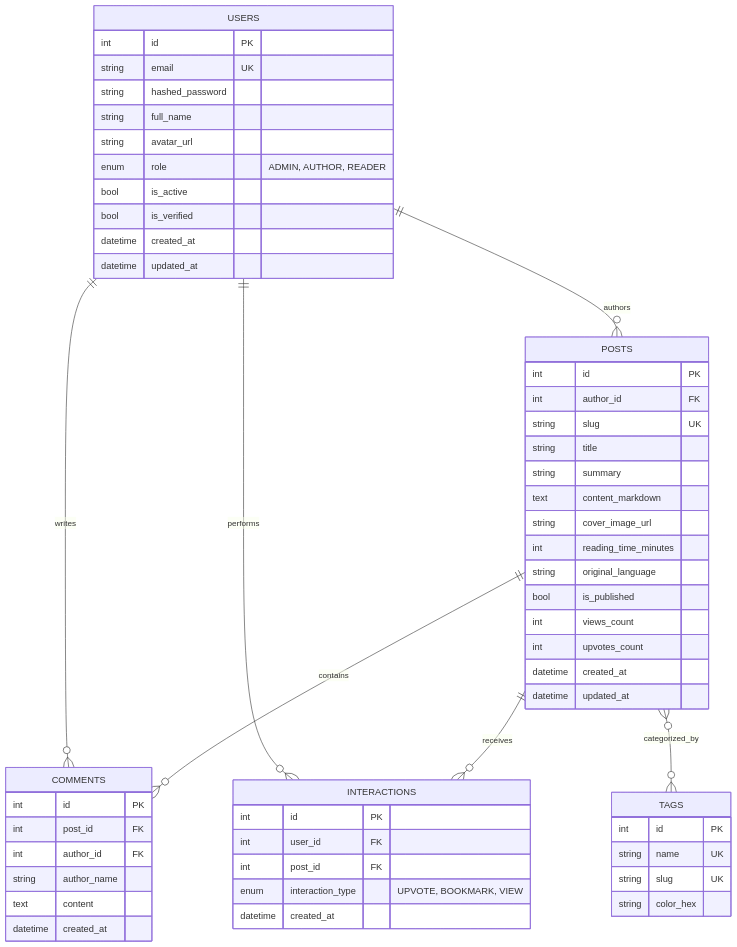
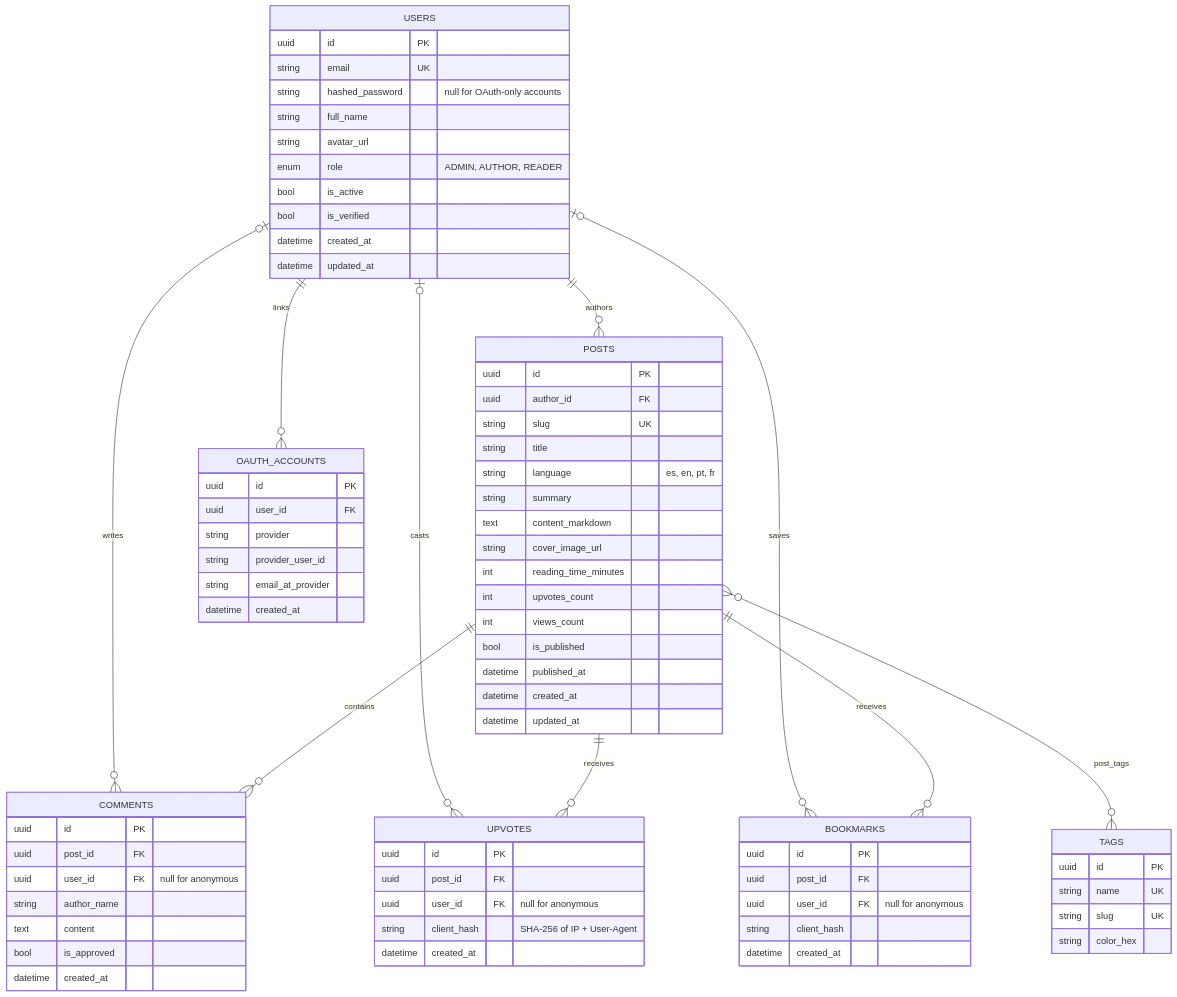
Before and after one commit to AnthoRuiz/DevBlog: the second of 2 diagrams in docs/ARCHITECTURE_E2E.md, drawn with Mermaid. The commit also changed other lines of this file, not shown here.

First line of the commit message:
docs: rewrite architecture manual to match the current system (v3.0.0)

````diff
--- a/docs/ARCHITECTURE_E2E.md
+++ b/docs/ARCHITECTURE_E2E.md
@@ -118,16 +151,19 @@
 ```mermaid
 erDiagram
     USERS ||--o{ POSTS : "authors"
-    USERS ||--o{ COMMENTS : "writes"
-    USERS ||--o{ INTERACTIONS : "performs"
+    USERS ||--o{ OAUTH_ACCOUNTS : "links"
+    USERS |o--o{ COMMENTS : "writes"
+    USERS |o--o{ UPVOTES : "casts"
+    USERS |o--o{ BOOKMARKS : "saves"
     POSTS ||--o{ COMMENTS : "contains"
-    POSTS ||--o{ INTERACTIONS : "receives"
-    POSTS }o--o{ TAGS : "categorized_by"
+    POSTS ||--o{ UPVOTES : "receives"
+    POSTS ||--o{ BOOKMARKS : "receives"
+    POSTS }o--o{ TAGS : "post_tags"
 
     USERS {
-        int id PK
+        uuid id PK
         string email UK
-        string hashed_password
+        string hashed_password "null for OAuth-only accounts"
         string full_name
         string avatar_url
         enum role "ADMIN, AUTHOR, READER"
@@ -137,44 +173,63 @@
         datetime updated_at
     }
 
+    OAUTH_ACCOUNTS {
+        uuid id PK
+        uuid user_id FK
+        string provider
+        string provider_user_id
+        string email_at_provider
+        datetime created_at
+    }
+
     POSTS {
-        int id PK
-        int author_id FK
+        uuid id PK
+        uuid author_id FK
         string slug UK
         string title
+        string language "es, en, pt, fr"
         string summary
         text content_markdown
         string cover_image_url
         int reading_time_minutes
-        string original_language
+        int upvotes_count
+        int views_count
         bool is_published
-        int views_count
-        int upvotes_count
+        datetime published_at
         datetime created_at
         datetime updated_at
     }
 
     TAGS {
-        int id PK
+        uuid id PK
         string name UK
         string slug UK
         string color_hex
     }
 
     COMMENTS {
-        int id PK
-        int post_id FK
-        int author_id FK
+        uuid id PK
+        uuid post_id FK
+        uuid user_id FK "null for anonymous"
         string author_name
         text content
+        bool is_approved
         datetime created_at
     }
 
-    INTERACTIONS {
-        int id PK
-        int user_id FK
-        int post_id FK
-        enum interaction_type "UPVOTE, BOOKMARK, VIEW"
+    UPVOTES {
+        uuid id PK
+        uuid post_id FK
+        uuid user_id FK "null for anonymous"
+        string client_hash "SHA-256 of IP + User-Agent"
+        datetime created_at
+    }
+
+    BOOKMARKS {
+        uuid id PK
+        uuid post_id FK
+        uuid user_id FK "null for anonymous"
+        string client_hash
         datetime created_at
     }
 ```
````
